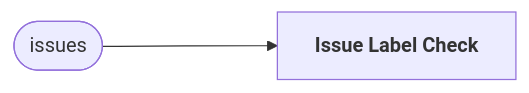
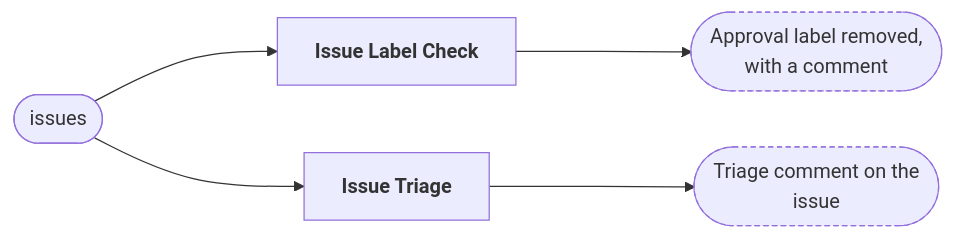
Before and after one commit to nfdi4health/dsSupportClient: the seventh of 7 diagrams in .github/workflow-graphs/README.md, drawn with Mermaid. The commit also changed other lines of this file, not shown here.

Commit message:
docs: update workflow diagrams

````diff
--- a/.github/workflow-graphs/README.md
+++ b/.github/workflow-graphs/README.md
@@ -170,8 +171,14 @@
 ```mermaid
 %%{init: {"flowchart": {"rankSpacing": 140, "nodeSpacing": 45}}}%%
 flowchart LR
   ev(["issues"])
   wf_issue_label_check_yml["<b>Issue Label Check</b>"]
   ev --> wf_issue_label_check_yml
+  wf_issue_triage_yml["<b>Issue Triage</b>"]
+  ev --> wf_issue_triage_yml
+  out_1(["Approval label removed,<br/>with a comment"]):::outcome
+  out_2(["Triage comment on the<br/>issue"]):::outcome
+  wf_issue_label_check_yml --> out_1
+  wf_issue_triage_yml --> out_2
   classDef outcome stroke-dasharray: 4 3
 ```
````
